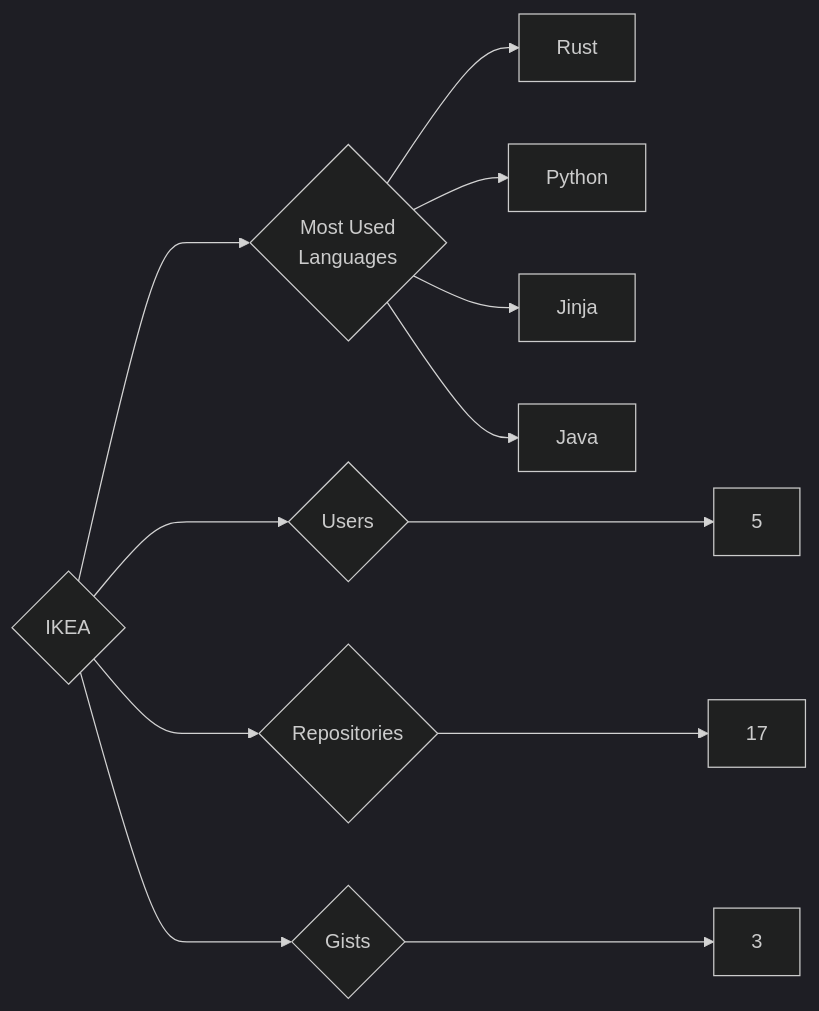
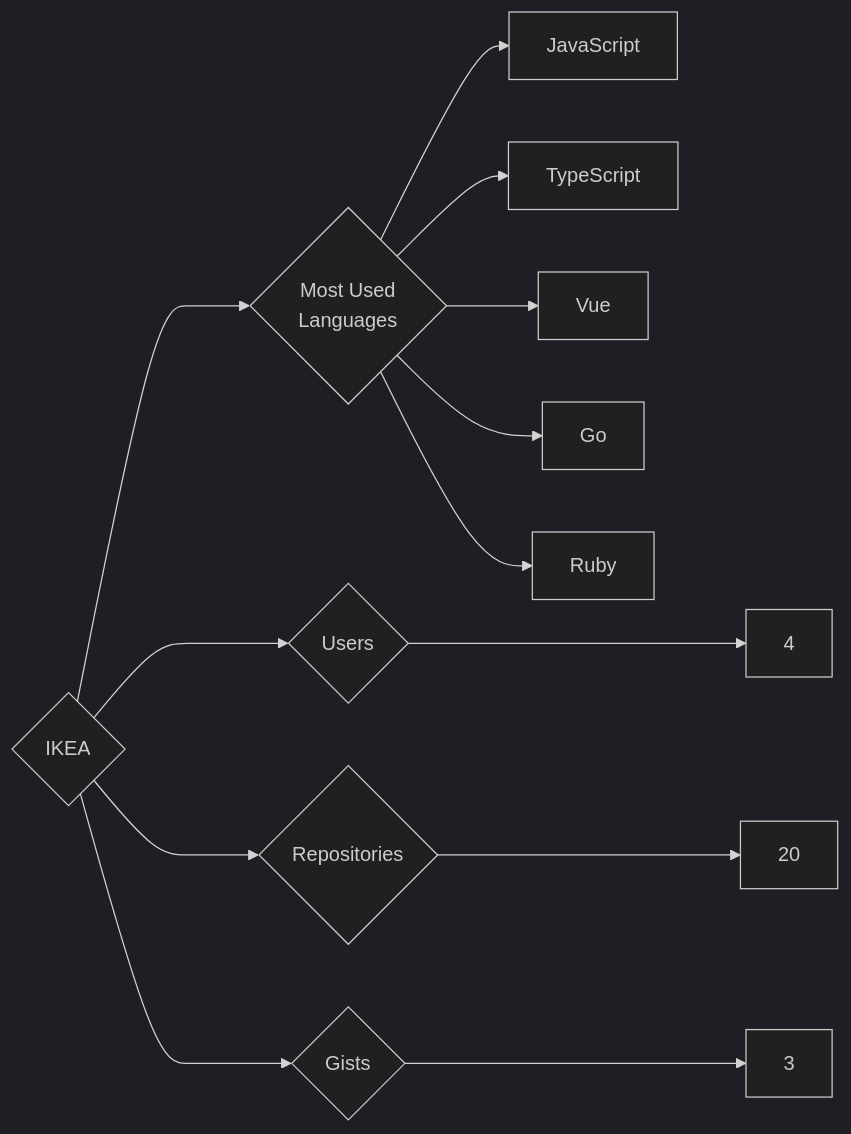
Before and after one commit to trickest/insiders: the diagram in targets/IKEA/README.md, drawn with Mermaid (dark theme). The commit also changed 1175 other files, not shown here.

````diff
--- a/targets/IKEA/README.md
+++ b/targets/IKEA/README.md
@@ -3,12 +3,13 @@
 ```mermaid
 graph LR
 COMPANY_NAME{IKEA}
-COMPANY_NAME ---> U{Users} ---> UN[5]
-COMPANY_NAME ---> R{Repositories} ---> RN[17]
+COMPANY_NAME ---> U{Users} ---> UN[4]
+COMPANY_NAME ---> R{Repositories} ---> RN[20]
 COMPANY_NAME ---> G{Gists} ---> GN[3]
 COMPANY_NAME ---> ML{Most Used<br>Languages}
-ML --> Rust[Rust]
-ML --> Python[Python]
-ML --> Jinja[Jinja]
-ML --> Java[Java]
+ML --> JavaScript[JavaScript]
+ML --> TypeScript[TypeScript]
+ML --> Vue[Vue]
+ML --> Go[Go]
+ML --> Ruby[Ruby]
 ```
````
